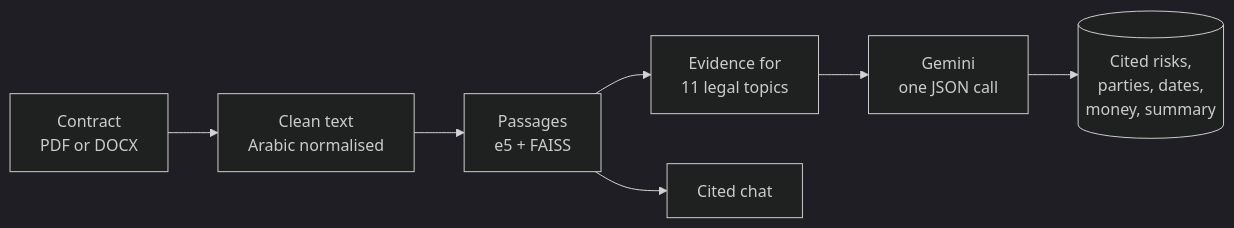
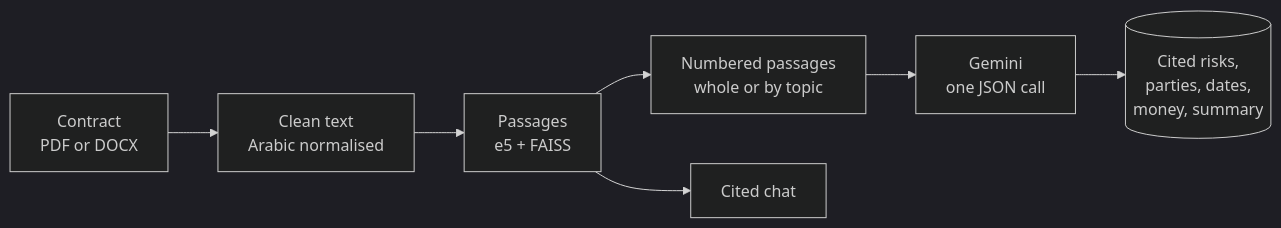
The diagram in README.md (anasrustom/Klara), drawn with Mermaid (dark theme) before and after one commit. The commit also changed other lines of this file, not shown here.

````diff
--- a/README.md
+++ b/README.md
@@ -90,9 +90,9 @@
 ```mermaid
 flowchart LR
     A[Contract<br>PDF or DOCX] --> B[Clean text<br>Arabic normalised]
     B --> C[Passages<br>e5 + FAISS]
-    C --> D[Evidence for<br>11 legal topics]
+    C --> D[Numbered passages<br>whole or by topic]
     D --> E[Gemini<br>one JSON call]
     E --> F[(Cited risks,<br>parties, dates,<br>money, summary)]
     C --> G[Cited chat]
 ```
````
